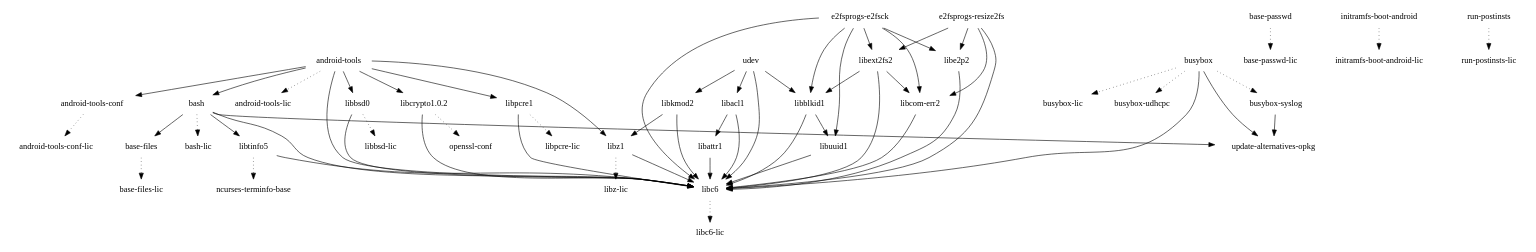
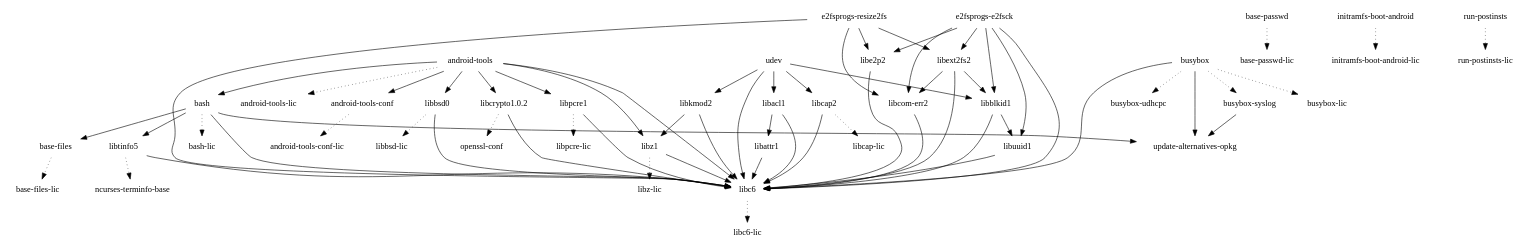
Before and after one commit to webOS-ports/buildhistory: the diagram in images/mido/glibc/initramfs-android-image/depends.dot, drawn with Graphviz. The commit also changed 8743 other files, not shown here.

```diff
--- a/images/mido/glibc/initramfs-android-image/depends.dot
+++ b/images/mido/glibc/initramfs-android-image/depends.dot
@@ -1,65 +1,68 @@
 digraph depends {
     node [shape=plaintext]
 "android-tools" -> "android-tools-conf"
 "android-tools" -> "android-tools-lic" [style=dotted]
 "android-tools" -> "bash"
 "android-tools-conf" -> "android-tools-conf-lic" [style=dotted]
 "android-tools" -> "libbsd0"
 "android-tools" -> "libc6"
 "android-tools" -> "libcrypto1.0.2"
 "android-tools" -> "libpcre1"
 "android-tools" -> "libz1"
 "base-files" -> "base-files-lic" [style=dotted]
 "base-passwd" -> "base-passwd-lic" [style=dotted]
 "bash" -> "base-files"
 "bash" -> "bash-lic" [style=dotted]
 "bash" -> "libc6"
 "bash" -> "libtinfo5"
 "bash" -> "update-alternatives-opkg"
 "busybox" -> "busybox-lic" [style=dotted]
 "busybox" -> "busybox-syslog" [style=dotted]
 "busybox" -> "busybox-udhcpc" [style=dotted]
 "busybox" -> "libc6"
 "busybox-syslog" -> "update-alternatives-opkg"
 "busybox" -> "update-alternatives-opkg"
 "e2fsprogs-e2fsck" -> "libblkid1"
 "e2fsprogs-e2fsck" -> "libc6"
 "e2fsprogs-e2fsck" -> "libcom-err2"
 "e2fsprogs-e2fsck" -> "libe2p2"
 "e2fsprogs-e2fsck" -> "libext2fs2"
 "e2fsprogs-e2fsck" -> "libuuid1"
 "e2fsprogs-resize2fs" -> "libc6"
 "e2fsprogs-resize2fs" -> "libcom-err2"
 "e2fsprogs-resize2fs" -> "libe2p2"
 "e2fsprogs-resize2fs" -> "libext2fs2"
 "initramfs-boot-android" -> "initramfs-boot-android-lic" [style=dotted]
 "libacl1" -> "libattr1"
 "libacl1" -> "libc6"
 "libattr1" -> "libc6"
 "libblkid1" -> "libc6"
 "libblkid1" -> "libuuid1"
 "libbsd0" -> "libbsd-lic" [style=dotted]
 "libbsd0" -> "libc6"
 "libc6" -> "libc6-lic" [style=dotted]
+"libcap2" -> "libc6"
+"libcap2" -> "libcap-lic" [style=dotted]
 "libcom-err2" -> "libc6"
 "libcrypto1.0.2" -> "libc6"
 "libcrypto1.0.2" -> "openssl-conf" [style=dotted]
 "libe2p2" -> "libc6"
 "libext2fs2" -> "libblkid1"
 "libext2fs2" -> "libc6"
 "libext2fs2" -> "libcom-err2"
 "libkmod2" -> "libc6"
 "libkmod2" -> "libz1"
 "libpcre1" -> "libc6"
 "libpcre1" -> "libpcre-lic" [style=dotted]
 "libtinfo5" -> "libc6"
 "libtinfo5" -> "ncurses-terminfo-base" [style=dotted]
 "libuuid1" -> "libc6"
 "libz1" -> "libc6"
 "libz1" -> "libz-lic" [style=dotted]
 "run-postinsts" -> "run-postinsts-lic" [style=dotted]
 "udev" -> "libacl1"
 "udev" -> "libblkid1"
 "udev" -> "libc6"
+"udev" -> "libcap2"
 "udev" -> "libkmod2"
 }
```
